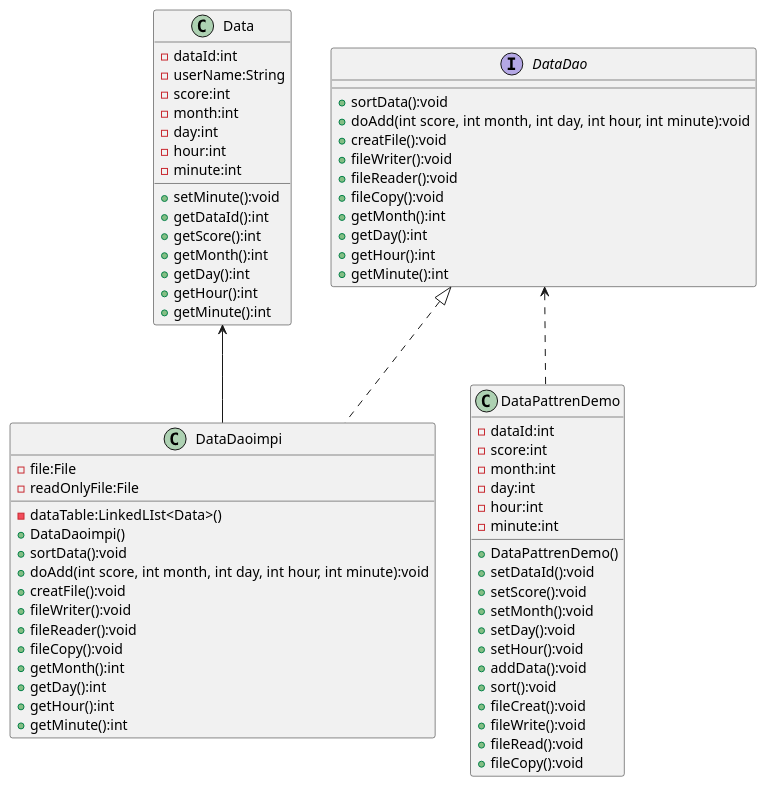
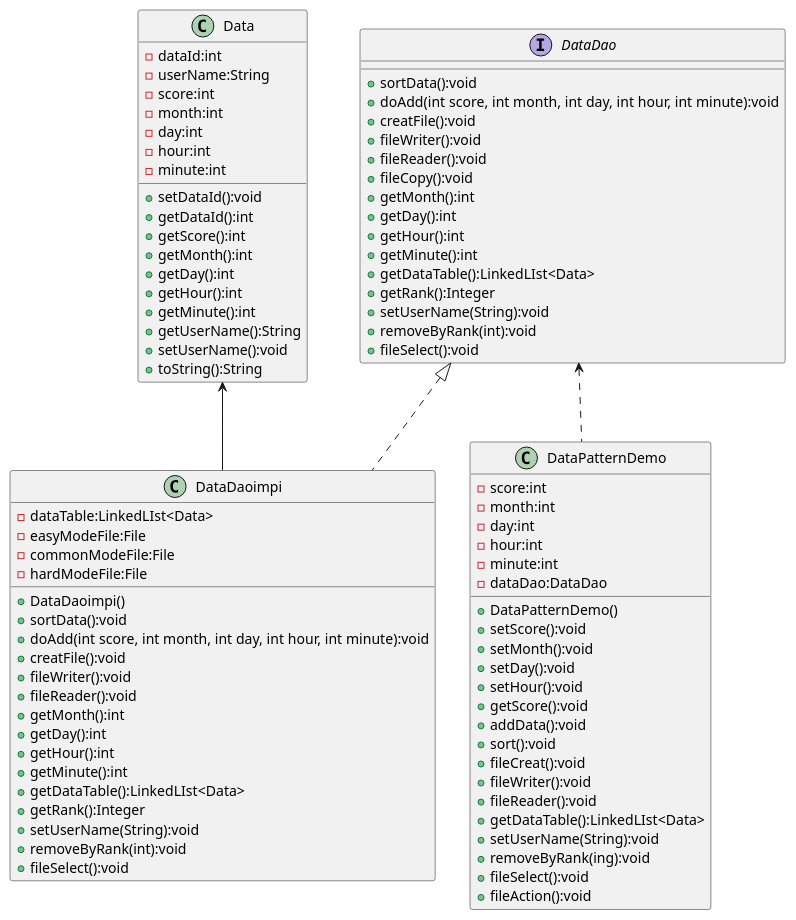
Before and after one commit to violence-max/GameAircraft: the diagram in uml/Data.puml, drawn with PlantUML. The commit also changed 16 other files, not shown here.

Commit message:
refactor:重写了单例模式、工厂模式、策略模式和数据访问对象模式的类图，新增了观察者模式和模板方法模式的类图

```diff
--- a/uml/Data.puml
+++ b/uml/Data.puml
@@ -1,78 +1,95 @@
 @startuml
 'https://plantuml.com/class-diagram
 
 interface DataDao{
     + sortData():void
     + doAdd(int score, int month, int day, int hour, int minute):void
     + creatFile():void
     + fileWriter():void
     + fileReader():void
     + fileCopy():void
     + getMonth():int
     + getDay():int
     + getHour():int
     + getMinute():int
+    + getDataTable():LinkedLIst<Data>
+    + getRank():Integer
+    + setUserName(String):void
+    + removeByRank(int):void
+    + fileSelect():void
 }
 
 class DataDaoimpi{
-    - dataTable:LinkedLIst<Data>()
-    - file:File
-    - readOnlyFile:File
+    - dataTable:LinkedLIst<Data>
+    - easyModeFile:File
+    - commonModeFile:File
+    - hardModeFile:File
     + DataDaoimpi()
     + sortData():void
     + doAdd(int score, int month, int day, int hour, int minute):void
     + creatFile():void
     + fileWriter():void
     + fileReader():void
-    + fileCopy():void
     + getMonth():int
     + getDay():int
     + getHour():int
     + getMinute():int
+    + getDataTable():LinkedLIst<Data>
+    + getRank():Integer
+    + setUserName(String):void
+    + removeByRank(int):void
+    + fileSelect():void
 }
 
 DataDao <|.. DataDaoimpi
 
 class Data{
     - dataId:int
     - userName:String
     - score:int
     - month:int
     - day:int
     - hour:int
     - minute:int
-    + setMinute():void
+    + setDataId():void
     + getDataId():int
     + getScore():int
     + getMonth():int
     + getDay():int
     + getHour():int
     + getMinute():int
+    + getUserName():String
+    + setUserName():void
+    + toString():String
 }
 
 Data <-- DataDaoimpi
 
-class DataPattrenDemo{
-    - dataId:int
+class DataPatternDemo{
     - score:int
     - month:int
     - day:int
     - hour:int
     - minute:int
-    + DataPattrenDemo()
-    + setDataId():void
+    + DataPatternDemo()
+    - dataDao:DataDao
     + setScore():void
     + setMonth():void
     + setDay():void
     + setHour():void
+    + getScore():void
     + addData():void
     + sort():void
     + fileCreat():void
-    + fileWrite():void
-    + fileRead():void
-    + fileCopy():void
+    + fileWriter():void
+    + fileReader():void
+    + getDataTable():LinkedLIst<Data>
+    + setUserName(String):void
+    + removeByRank(ing):void
+    + fileSelect():void
+    + fileAction():void
 }
 
-DataDao <.. DataPattrenDemo
+DataDao <.. DataPatternDemo
 
 @enduml
```
